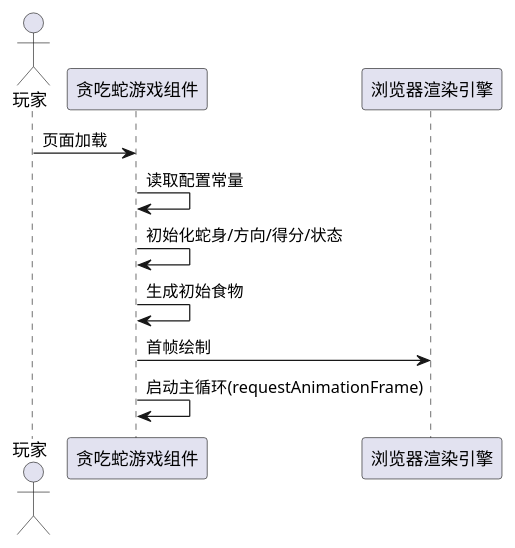
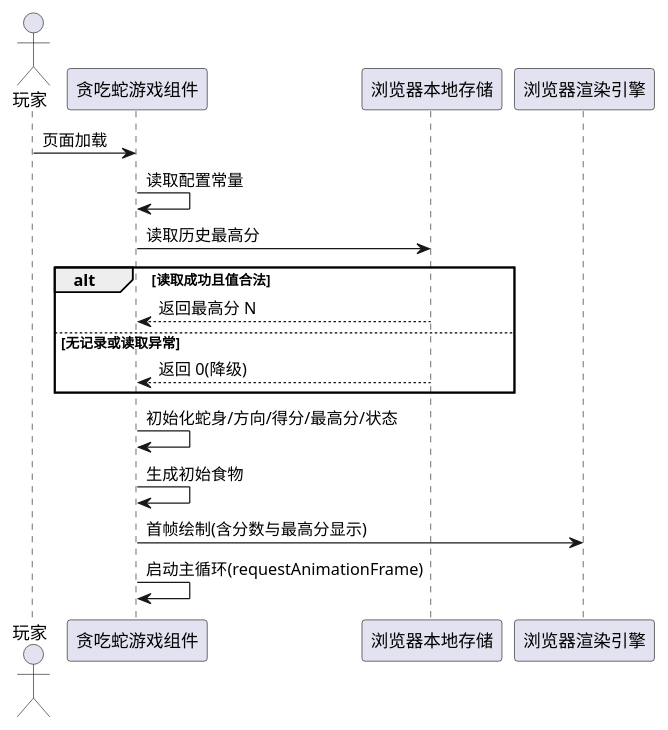
One commit to coder-w-t/- changed the second of 8 diagrams in spec.md. Above: the diagram before and after it, drawn with PlantUML. The commit also changed other lines of this file, not shown here.

````diff
--- a/spec.md
+++ b/spec.md
@@ -112,14 +143,21 @@
 ```plantuml
 @startuml
 actor 玩家
 participant "贪吃蛇游戏组件" as Game
+participant "浏览器本地存储" as Storage
 participant "浏览器渲染引擎" as Render
 
 玩家 -> Game : 页面加载
 Game -> Game : 读取配置常量
-Game -> Game : 初始化蛇身/方向/得分/状态
+Game -> Storage : 读取历史最高分
+alt 读取成功且值合法
+    Storage --> Game : 返回最高分 N
+else 无记录或读取异常
+    Storage --> Game : 返回 0(降级)
+end
+Game -> Game : 初始化蛇身/方向/得分/最高分/状态
 Game -> Game : 生成初始食物
-Game -> Render : 首帧绘制
+Game -> Render : 首帧绘制(含分数与最高分显示)
 Game -> Game : 启动主循环(requestAnimationFrame)
 @enduml
 ```
````
